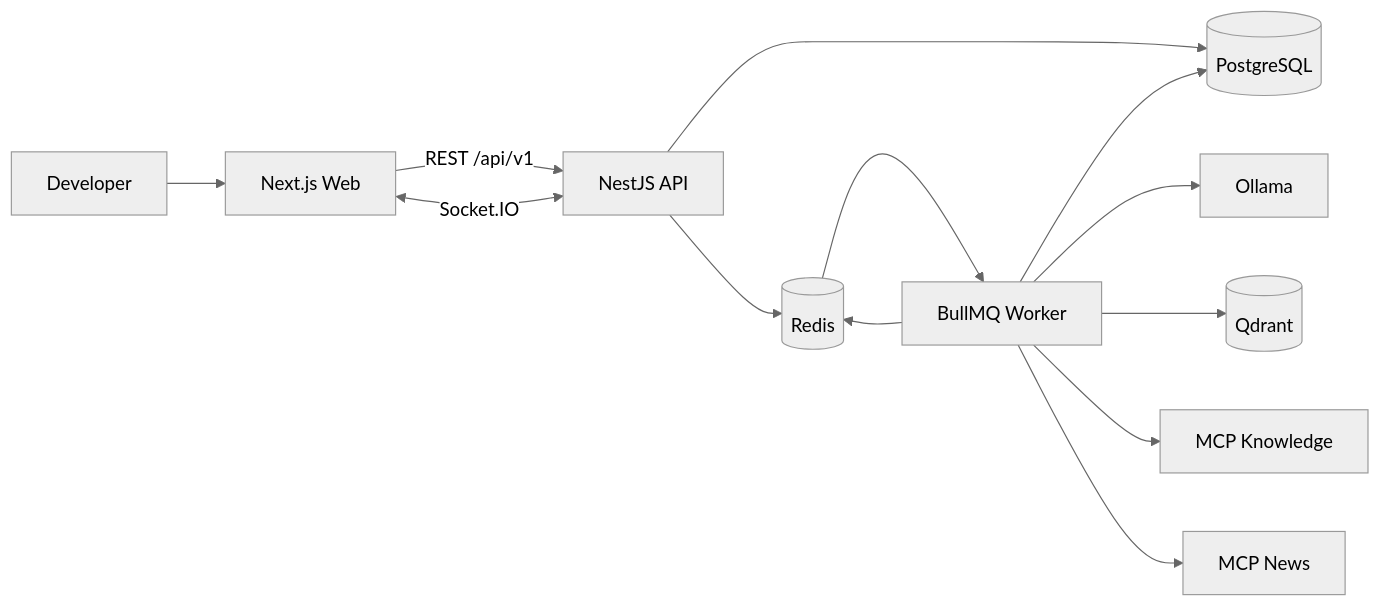
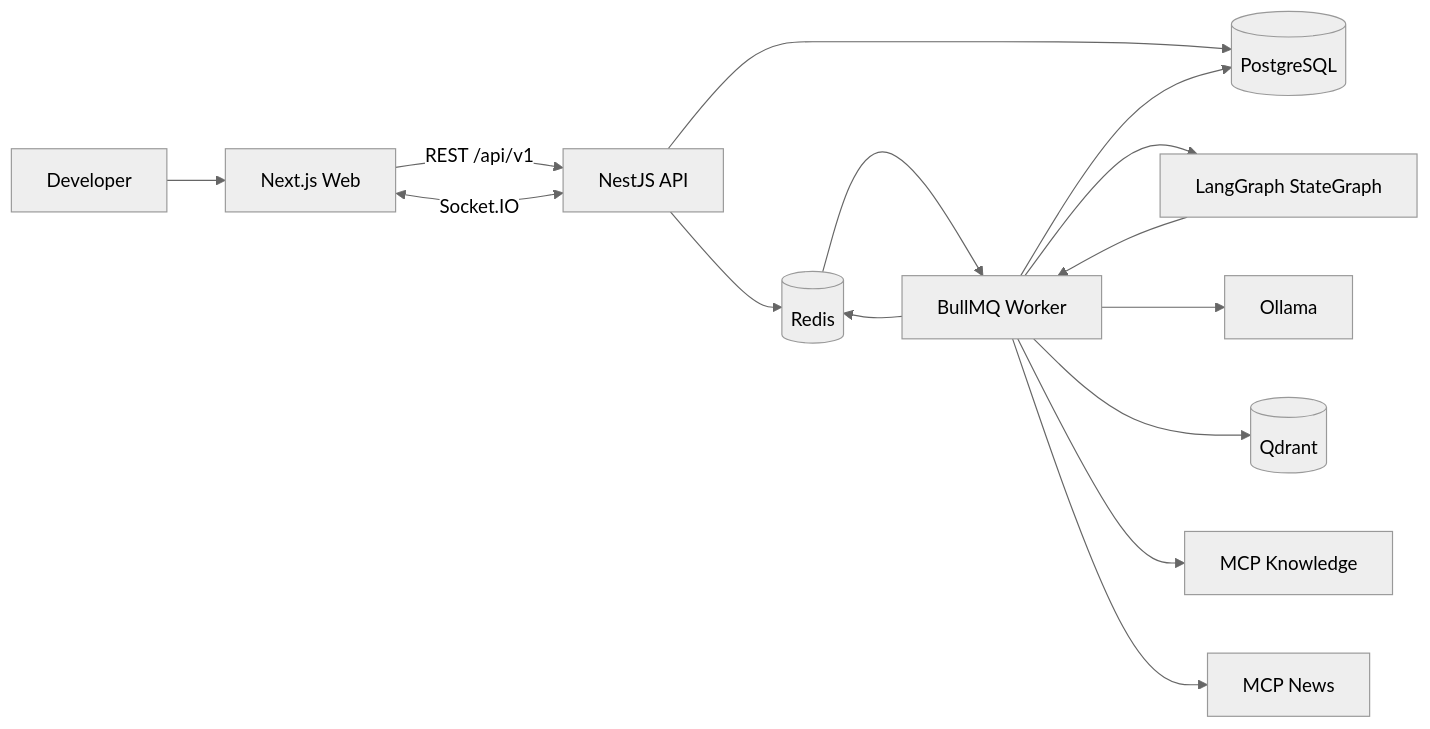
Before and after one commit to Repith/devhub-ai-command-center: the diagram in docs/architecture.md, drawn with Mermaid (neutral theme). The commit also changed other lines of this file and 6 other files, not shown here.

````diff
--- a/docs/architecture.md
+++ b/docs/architecture.md
@@ -11,15 +12,17 @@
 ```mermaid
 flowchart LR
   User[Developer] --> Web[Next.js Web]
   Web -->|REST /api/v1| API[NestJS API]
   Web <-->|Socket.IO| API
   API --> PG[(PostgreSQL)]
   API --> Redis[(Redis)]
   Redis --> Worker[BullMQ Worker]
   Worker --> PG
+  Worker --> LG[LangGraph StateGraph]
+  LG --> Worker
   Worker --> Ollama[Ollama]
   Worker --> Qdrant[(Qdrant)]
   Worker --> MCPK[MCP Knowledge]
   Worker --> MCPN[MCP News]
   Worker --> Redis
 ```
````
